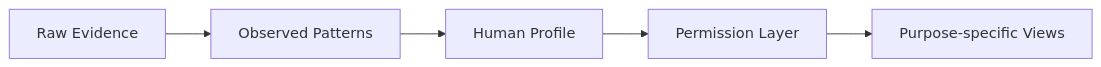
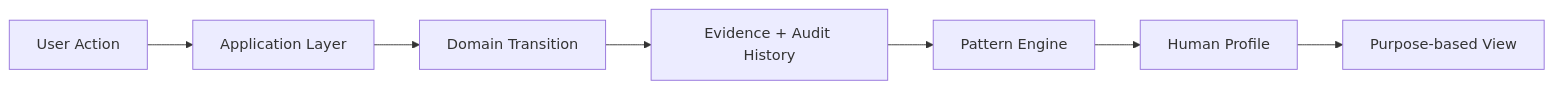
Before and after one commit to LovetoLaugh/human-profile: the first of 2 diagrams in README.md, drawn with Mermaid. The commit also changed other lines of this file, not shown here.

Commit message:
docs: polish Human Profile README for public demo

````diff
--- a/README.md
+++ b/README.md
@@ -36,7 +22,9 @@
 ```mermaid
 flowchart LR
-    A[Raw Evidence] --> B[Observed Patterns]
-    B --> C[Human Profile]
-    C --> D[Permission Layer]
-    D --> E[Purpose-specific Views]
+    A[User Action] --> B[Application Layer]
+    B --> C[Domain Transition]
+    C --> D[Evidence + Audit History]
+    D --> E[Pattern Engine]
+    E --> F[Human Profile]
+    F --> G[Purpose-based View]
 ```
````
